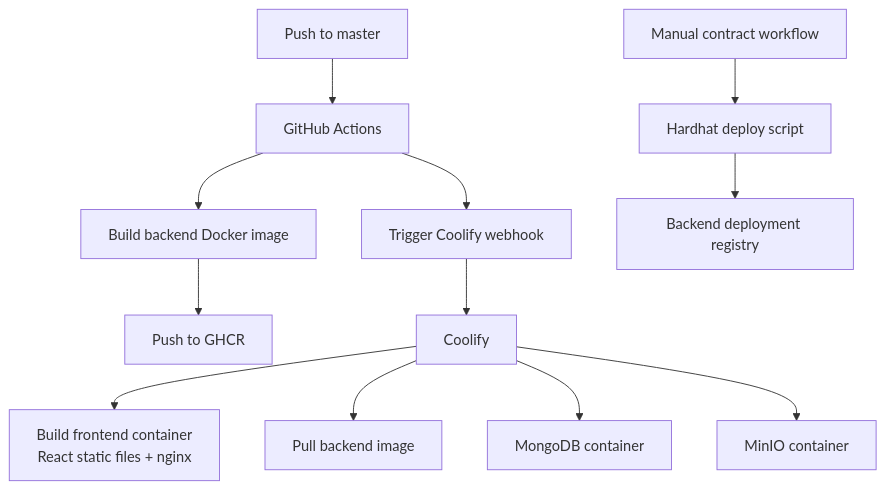
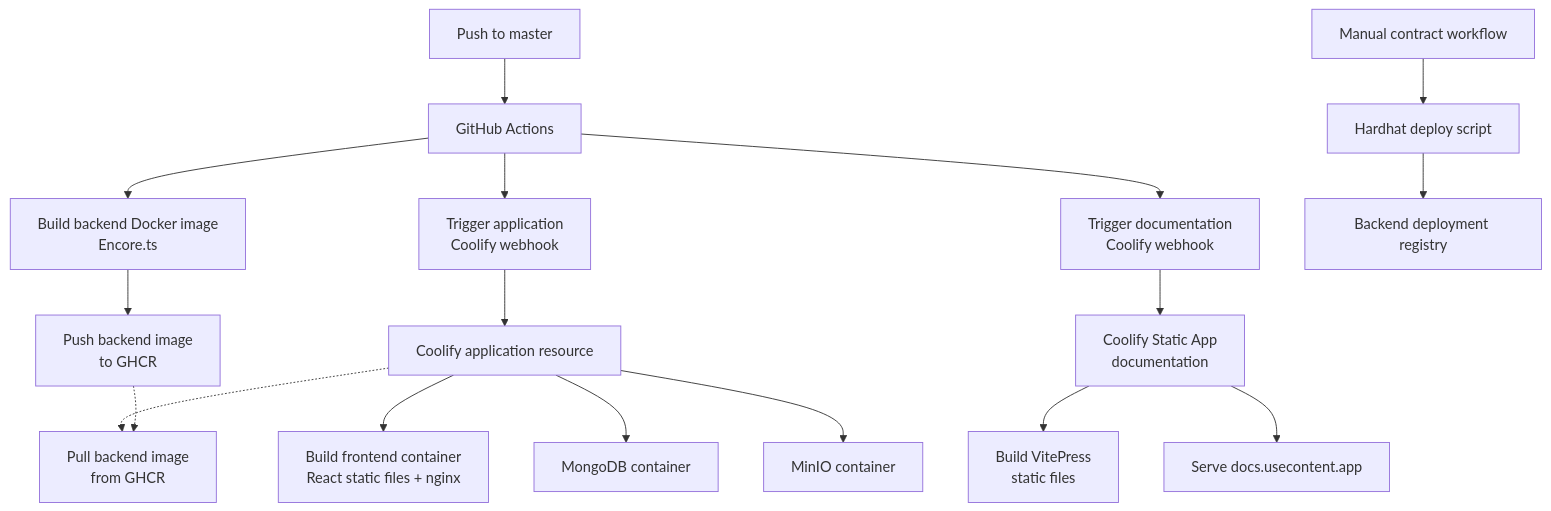
One commit to akhmetovKamil/useContent changed the first of 3 diagrams in documentation/deployment/index.md. Above: the diagram before and after it, drawn with Mermaid. The commit also changed other lines of this file and 4 other files, not shown here.

````diff
--- a/documentation/deployment/index.md
+++ b/documentation/deployment/index.md
@@ -23,15 +23,23 @@
 ```mermaid
 flowchart TD
     Push["Push to master"] --> Actions["GitHub Actions"]
-    Actions --> BackendImage["Build backend Docker image"]
-    BackendImage --> GHCR["Push to GHCR"]
-    Actions --> Webhook["Trigger Coolify webhook"]
-    Webhook --> Coolify["Coolify"]
-    Coolify --> Frontend["Build frontend container<br/>React static files + nginx"]
-    Coolify --> Backend["Pull backend image"]
-    Coolify --> Mongo["MongoDB container"]
-    Coolify --> MinIO["MinIO container"]
+    Actions --> BackendImage["Build backend Docker image<br/>Encore.ts"]
+    BackendImage --> GHCR["Push backend image<br/>to GHCR"]
+    Actions --> AppWebhook["Trigger application<br/>Coolify webhook"]
+    Actions --> DocsWebhook["Trigger documentation<br/>Coolify webhook"]
+
+    AppWebhook --> CoolifyApp["Coolify application resource"]
+    DocsWebhook --> CoolifyDocs["Coolify Static App<br/>documentation"]
+
+    CoolifyApp --> Frontend["Build frontend container<br/>React static files + nginx"]
+    CoolifyApp -.-> Backend["Pull backend image<br/>from GHCR"]
+    CoolifyApp --> Mongo["MongoDB container"]
+    CoolifyApp --> MinIO["MinIO container"]
+    GHCR -.-> Backend
+
+    CoolifyDocs --> DocsBuild["Build VitePress<br/>static files"]
+    CoolifyDocs --> DocsStatic["Serve docs.usecontent.app"]
 
     Manual["Manual contract workflow"] --> Hardhat["Hardhat deploy script"]
     Hardhat --> Registry["Backend deployment registry"]
 ```
````
